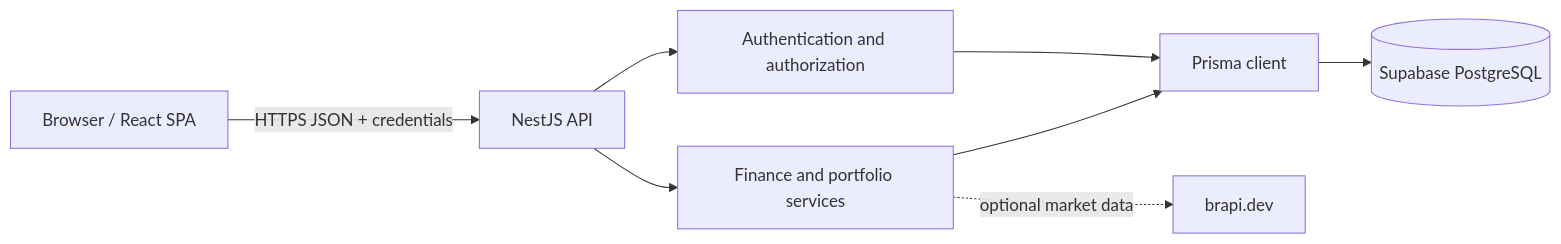
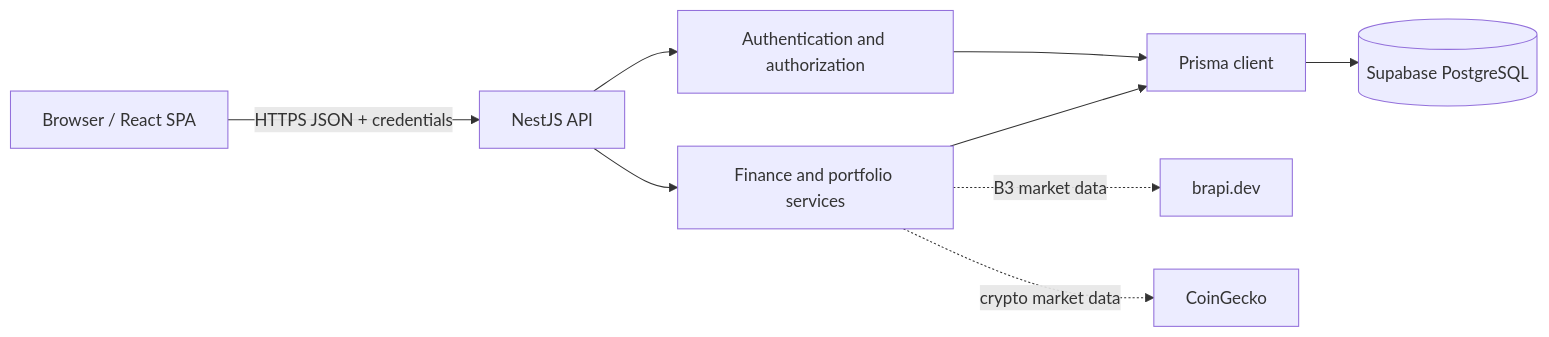
Before and after one commit to salmoriadev/FinanceBuddy: the diagram in docs/security/SECURITY_REVIEW.md, drawn with Mermaid. The commit also changed other lines of this file and 12 other files, not shown here.

````diff
--- a/docs/security/SECURITY_REVIEW.md
+++ b/docs/security/SECURITY_REVIEW.md
@@ -17,10 +17,11 @@
 ```mermaid
 flowchart LR
   Browser[Browser / React SPA] -->|HTTPS JSON + credentials| API[NestJS API]
   API --> Auth[Authentication and authorization]
   API --> Domain[Finance and portfolio services]
   Auth --> Prisma[Prisma client]
   Domain --> Prisma
   Prisma --> DB[(Supabase PostgreSQL)]
-  Domain -. optional market data .-> Brapi[brapi.dev]
+  Domain -. B3 market data .-> Brapi[brapi.dev]
+  Domain -. crypto market data .-> CoinGecko[CoinGecko]
 ```
````
